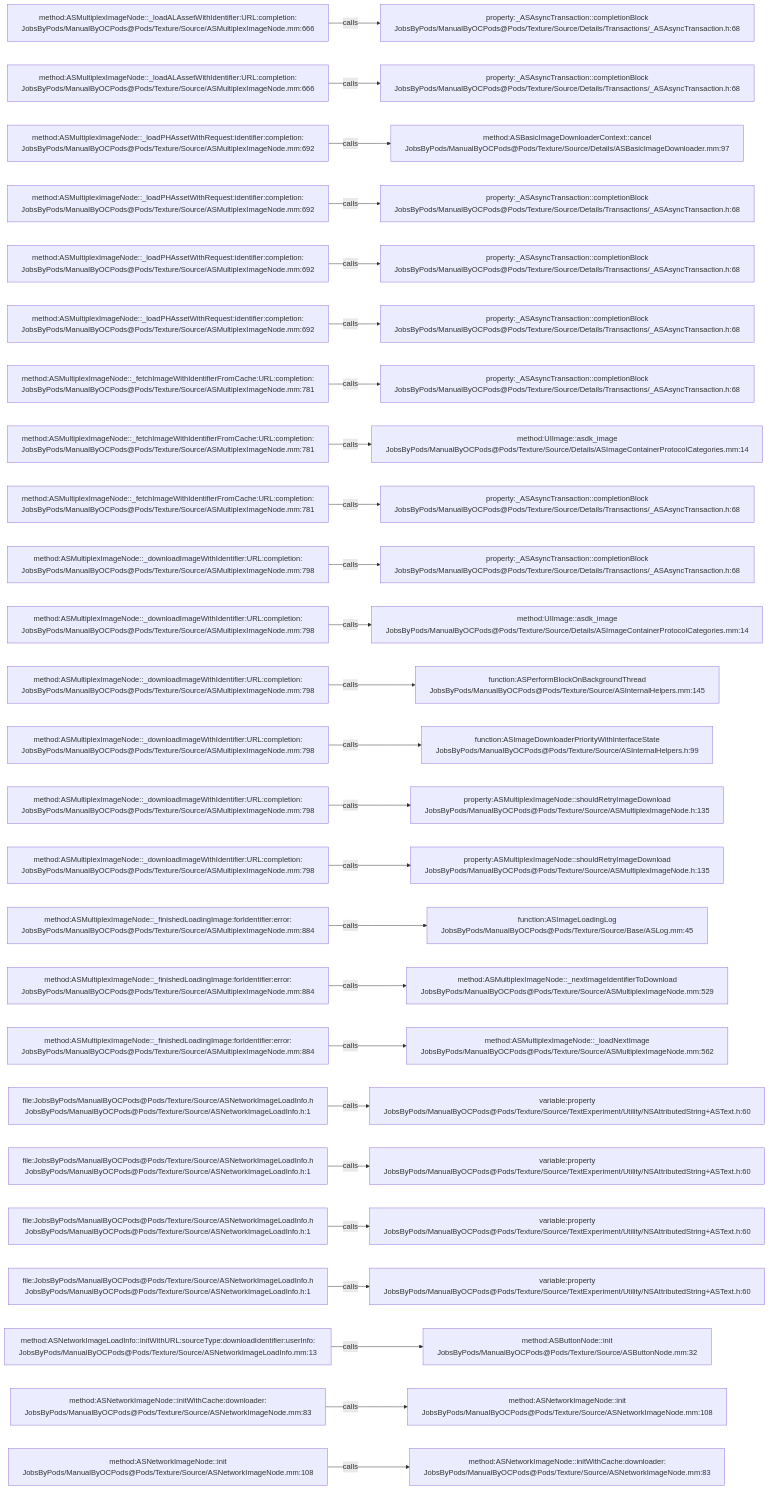
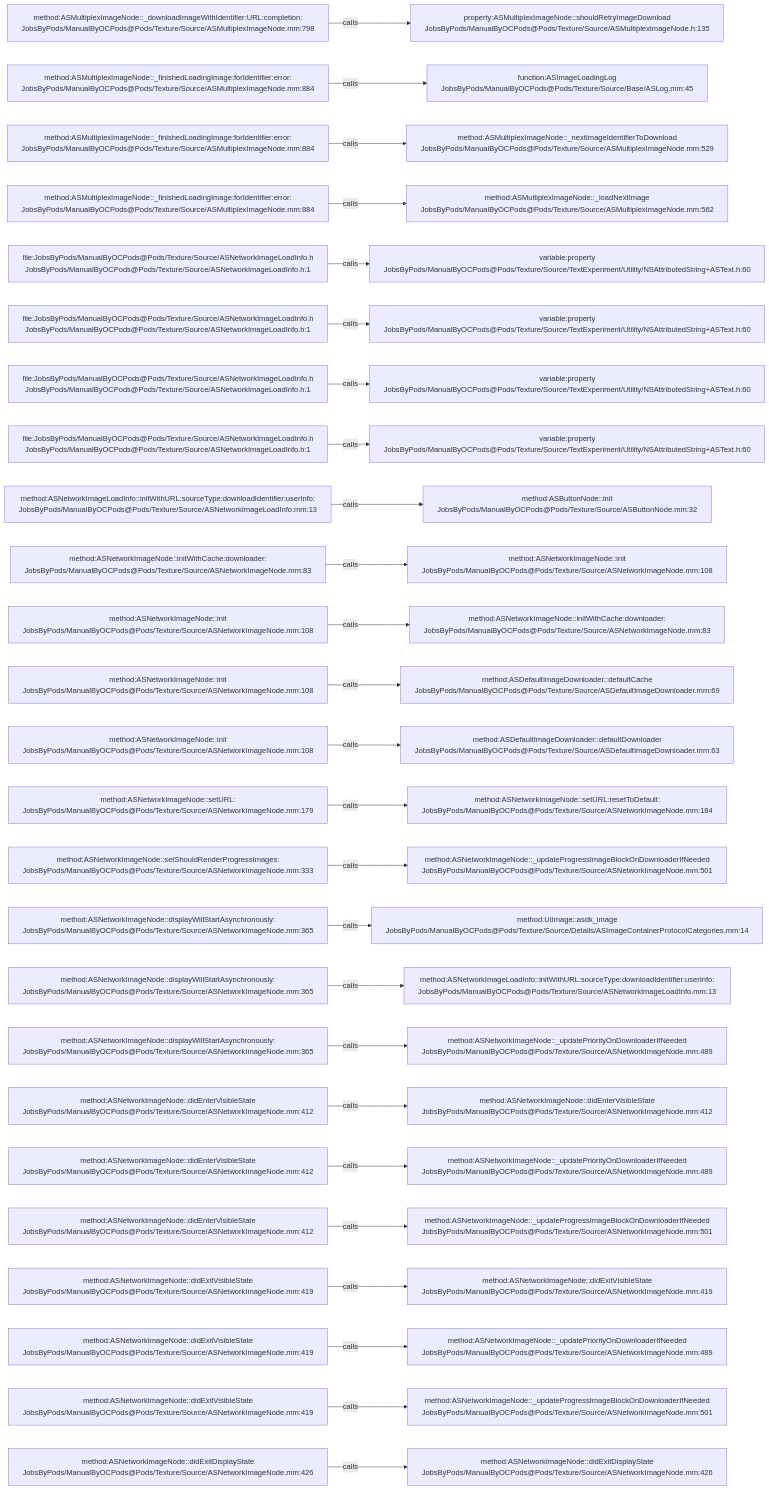
One commit to JobsKits/JobsOCBaseConfigDemo changed the diagram in .codegraph/codegraph.md/graphs/calls-118.md. Above: the diagram before and after it, drawn with Mermaid. The commit also changed 296 other files, not shown here.

````diff
--- a/.codegraph/codegraph.md/graphs/calls-118.md
+++ b/.codegraph/codegraph.md/graphs/calls-118.md
@@ -13,78 +13,78 @@
 ```mermaid
 flowchart LR
-  S1["method:ASMultiplexImageNode::_loadALAssetWithIdentifier:URL:completion:<br/>JobsByPods/ManualByOCPods@Pods/Texture/Source/ASMultiplexImageNode.mm:666"]
-  T1["property:_ASAsyncTransaction::completionBlock<br/>JobsByPods/ManualByOCPods@Pods/Texture/Source/Details/Transactions/_ASAsyncTransaction.h:68"]
+  S1["method:ASMultiplexImageNode::_downloadImageWithIdentifier:URL:completion:<br/>JobsByPods/ManualByOCPods@Pods/Texture/Source/ASMultiplexImageNode.mm:798"]
+  T1["property:ASMultiplexImageNode::shouldRetryImageDownload<br/>JobsByPods/ManualByOCPods@Pods/Texture/Source/ASMultiplexImageNode.h:135"]
   S1 -->|calls| T1
-  S2["method:ASMultiplexImageNode::_loadALAssetWithIdentifier:URL:completion:<br/>JobsByPods/ManualByOCPods@Pods/Texture/Source/ASMultiplexImageNode.mm:666"]
-  T2["property:_ASAsyncTransaction::completionBlock<br/>JobsByPods/ManualByOCPods@Pods/Texture/Source/Details/Transactions/_ASAsyncTransaction.h:68"]
+  S2["method:ASMultiplexImageNode::_finishedLoadingImage:forIdentifier:error:<br/>JobsByPods/ManualByOCPods@Pods/Texture/Source/ASMultiplexImageNode.mm:884"]
+  T2["function:ASImageLoadingLog<br/>JobsByPods/ManualByOCPods@Pods/Texture/Source/Base/ASLog.mm:45"]
   S2 -->|calls| T2
-  S3["method:ASMultiplexImageNode::_loadPHAssetWithRequest:identifier:completion:<br/>JobsByPods/ManualByOCPods@Pods/Texture/Source/ASMultiplexImageNode.mm:692"]
-  T3["method:ASBasicImageDownloaderContext::cancel<br/>JobsByPods/ManualByOCPods@Pods/Texture/Source/Details/ASBasicImageDownloader.mm:97"]
+  S3["method:ASMultiplexImageNode::_finishedLoadingImage:forIdentifier:error:<br/>JobsByPods/ManualByOCPods@Pods/Texture/Source/ASMultiplexImageNode.mm:884"]
+  T3["method:ASMultiplexImageNode::_nextImageIdentifierToDownload<br/>JobsByPods/ManualByOCPods@Pods/Texture/Source/ASMultiplexImageNode.mm:529"]
   S3 -->|calls| T3
-  S4["method:ASMultiplexImageNode::_loadPHAssetWithRequest:identifier:completion:<br/>JobsByPods/ManualByOCPods@Pods/Texture/Source/ASMultiplexImageNode.mm:692"]
-  T4["property:_ASAsyncTransaction::completionBlock<br/>JobsByPods/ManualByOCPods@Pods/Texture/Source/Details/Transactions/_ASAsyncTransaction.h:68"]
+  S4["method:ASMultiplexImageNode::_finishedLoadingImage:forIdentifier:error:<br/>JobsByPods/ManualByOCPods@Pods/Texture/Source/ASMultiplexImageNode.mm:884"]
+  T4["method:ASMultiplexImageNode::_loadNextImage<br/>JobsByPods/ManualByOCPods@Pods/Texture/Source/ASMultiplexImageNode.mm:562"]
   S4 -->|calls| T4
-  S5["method:ASMultiplexImageNode::_loadPHAssetWithRequest:identifier:completion:<br/>JobsByPods/ManualByOCPods@Pods/Texture/Source/ASMultiplexImageNode.mm:692"]
-  T5["property:_ASAsyncTransaction::completionBlock<br/>JobsByPods/ManualByOCPods@Pods/Texture/Source/Details/Transactions/_ASAsyncTransaction.h:68"]
+  S5["file:JobsByPods/ManualByOCPods@Pods/Texture/Source/ASNetworkImageLoadInfo.h<br/>JobsByPods/ManualByOCPods@Pods/Texture/Source/ASNetworkImageLoadInfo.h:1"]
+  T5["variable:property<br/>JobsByPods/ManualByOCPods@Pods/Texture/Source/TextExperiment/Utility/NSAttributedString+ASText.h:60"]
   S5 -->|calls| T5
-  S6["method:ASMultiplexImageNode::_loadPHAssetWithRequest:identifier:completion:<br/>JobsByPods/ManualByOCPods@Pods/Texture/Source/ASMultiplexImageNode.mm:692"]
-  T6["property:_ASAsyncTransaction::completionBlock<br/>JobsByPods/ManualByOCPods@Pods/Texture/Source/Details/Transactions/_ASAsyncTransaction.h:68"]
+  S6["file:JobsByPods/ManualByOCPods@Pods/Texture/Source/ASNetworkImageLoadInfo.h<br/>JobsByPods/ManualByOCPods@Pods/Texture/Source/ASNetworkImageLoadInfo.h:1"]
+  T6["variable:property<br/>JobsByPods/ManualByOCPods@Pods/Texture/Source/TextExperiment/Utility/NSAttributedString+ASText.h:60"]
   S6 -->|calls| T6
-  S7["method:ASMultiplexImageNode::_fetchImageWithIdentifierFromCache:URL:completion:<br/>JobsByPods/ManualByOCPods@Pods/Texture/Source/ASMultiplexImageNode.mm:781"]
-  T7["property:_ASAsyncTransaction::completionBlock<br/>JobsByPods/ManualByOCPods@Pods/Texture/Source/Details/Transactions/_ASAsyncTransaction.h:68"]
+  S7["file:JobsByPods/ManualByOCPods@Pods/Texture/Source/ASNetworkImageLoadInfo.h<br/>JobsByPods/ManualByOCPods@Pods/Texture/Source/ASNetworkImageLoadInfo.h:1"]
+  T7["variable:property<br/>JobsByPods/ManualByOCPods@Pods/Texture/Source/TextExperiment/Utility/NSAttributedString+ASText.h:60"]
   S7 -->|calls| T7
-  S8["method:ASMultiplexImageNode::_fetchImageWithIdentifierFromCache:URL:completion:<br/>JobsByPods/ManualByOCPods@Pods/Texture/Source/ASMultiplexImageNode.mm:781"]
-  T8["method:UIImage::asdk_image<br/>JobsByPods/ManualByOCPods@Pods/Texture/Source/Details/ASImageContainerProtocolCategories.mm:14"]
+  S8["file:JobsByPods/ManualByOCPods@Pods/Texture/Source/ASNetworkImageLoadInfo.h<br/>JobsByPods/ManualByOCPods@Pods/Texture/Source/ASNetworkImageLoadInfo.h:1"]
+  T8["variable:property<br/>JobsByPods/ManualByOCPods@Pods/Texture/Source/TextExperiment/Utility/NSAttributedString+ASText.h:60"]
   S8 -->|calls| T8
-  S9["method:ASMultiplexImageNode::_fetchImageWithIdentifierFromCache:URL:completion:<br/>JobsByPods/ManualByOCPods@Pods/Texture/Source/ASMultiplexImageNode.mm:781"]
-  T9["property:_ASAsyncTransaction::completionBlock<br/>JobsByPods/ManualByOCPods@Pods/Texture/Source/Details/Transactions/_ASAsyncTransaction.h:68"]
+  S9["method:ASNetworkImageLoadInfo::initWithURL:sourceType:downloadIdentifier:userInfo:<br/>JobsByPods/ManualByOCPods@Pods/Texture/Source/ASNetworkImageLoadInfo.mm:13"]
+  T9["method:ASButtonNode::init<br/>JobsByPods/ManualByOCPods@Pods/Texture/Source/ASButtonNode.mm:32"]
   S9 -->|calls| T9
-  S10["method:ASMultiplexImageNode::_downloadImageWithIdentifier:URL:completion:<br/>JobsByPods/ManualByOCPods@Pods/Texture/Source/ASMultiplexImageNode.mm:798"]
-  T10["property:_ASAsyncTransaction::completionBlock<br/>JobsByPods/ManualByOCPods@Pods/Texture/Source/Details/Transactions/_ASAsyncTransaction.h:68"]
+  S10["method:ASNetworkImageNode::initWithCache:downloader:<br/>JobsByPods/ManualByOCPods@Pods/Texture/Source/ASNetworkImageNode.mm:83"]
+  T10["method:ASNetworkImageNode::init<br/>JobsByPods/ManualByOCPods@Pods/Texture/Source/ASNetworkImageNode.mm:108"]
   S10 -->|calls| T10
-  S11["method:ASMultiplexImageNode::_downloadImageWithIdentifier:URL:completion:<br/>JobsByPods/ManualByOCPods@Pods/Texture/Source/ASMultiplexImageNode.mm:798"]
-  T11["method:UIImage::asdk_image<br/>JobsByPods/ManualByOCPods@Pods/Texture/Source/Details/ASImageContainerProtocolCategories.mm:14"]
+  S11["method:ASNetworkImageNode::init<br/>JobsByPods/ManualByOCPods@Pods/Texture/Source/ASNetworkImageNode.mm:108"]
+  T11["method:ASNetworkImageNode::initWithCache:downloader:<br/>JobsByPods/ManualByOCPods@Pods/Texture/Source/ASNetworkImageNode.mm:83"]
   S11 -->|calls| T11
-  S12["method:ASMultiplexImageNode::_downloadImageWithIdentifier:URL:completion:<br/>JobsByPods/ManualByOCPods@Pods/Texture/Source/ASMultiplexImageNode.mm:798"]
-  T12["function:ASPerformBlockOnBackgroundThread<br/>JobsByPods/ManualByOCPods@Pods/Texture/Source/ASInternalHelpers.mm:145"]
+  S12["method:ASNetworkImageNode::init<br/>JobsByPods/ManualByOCPods@Pods/Texture/Source/ASNetworkImageNode.mm:108"]
+  T12["method:ASDefaultImageDownloader::defaultCache<br/>JobsByPods/ManualByOCPods@Pods/Texture/Source/ASDefaultImageDownloader.mm:69"]
   S12 -->|calls| T12
-  S13["method:ASMultiplexImageNode::_downloadImageWithIdentifier:URL:completion:<br/>JobsByPods/ManualByOCPods@Pods/Texture/Source/ASMultiplexImageNode.mm:798"]
-  T13["function:ASImageDownloaderPriorityWithInterfaceState<br/>JobsByPods/ManualByOCPods@Pods/Texture/Source/ASInternalHelpers.h:99"]
+  S13["method:ASNetworkImageNode::init<br/>JobsByPods/ManualByOCPods@Pods/Texture/Source/ASNetworkImageNode.mm:108"]
+  T13["method:ASDefaultImageDownloader::defaultDownloader<br/>JobsByPods/ManualByOCPods@Pods/Texture/Source/ASDefaultImageDownloader.mm:63"]
   S13 -->|calls| T13
-  S14["method:ASMultiplexImageNode::_downloadImageWithIdentifier:URL:completion:<br/>JobsByPods/ManualByOCPods@Pods/Texture/Source/ASMultiplexImageNode.mm:798"]
-  T14["property:ASMultiplexImageNode::shouldRetryImageDownload<br/>JobsByPods/ManualByOCPods@Pods/Texture/Source/ASMultiplexImageNode.h:135"]
+  S14["method:ASNetworkImageNode::setURL:<br/>JobsByPods/ManualByOCPods@Pods/Texture/Source/ASNetworkImageNode.mm:179"]
+  T14["method:ASNetworkImageNode::setURL:resetToDefault:<br/>JobsByPods/ManualByOCPods@Pods/Texture/Source/ASNetworkImageNode.mm:184"]
   S14 -->|calls| T14
-  S15["method:ASMultiplexImageNode::_downloadImageWithIdentifier:URL:completion:<br/>JobsByPods/ManualByOCPods@Pods/Texture/Source/ASMultiplexImageNode.mm:798"]
-  T15["property:ASMultiplexImageNode::shouldRetryImageDownload<br/>JobsByPods/ManualByOCPods@Pods/Texture/Source/ASMultiplexImageNode.h:135"]
+  S15["method:ASNetworkImageNode::setShouldRenderProgressImages:<br/>JobsByPods/ManualByOCPods@Pods/Texture/Source/ASNetworkImageNode.mm:333"]
+  T15["method:ASNetworkImageNode::_updateProgressImageBlockOnDownloaderIfNeeded<br/>JobsByPods/ManualByOCPods@Pods/Texture/Source/ASNetworkImageNode.mm:501"]
   S15 -->|calls| T15
-  S16["method:ASMultiplexImageNode::_finishedLoadingImage:forIdentifier:error:<br/>JobsByPods/ManualByOCPods@Pods/Texture/Source/ASMultiplexImageNode.mm:884"]
-  T16["function:ASImageLoadingLog<br/>JobsByPods/ManualByOCPods@Pods/Texture/Source/Base/ASLog.mm:45"]
+  S16["method:ASNetworkImageNode::displayWillStartAsynchronously:<br/>JobsByPods/ManualByOCPods@Pods/Texture/Source/ASNetworkImageNode.mm:365"]
+  T16["method:UIImage::asdk_image<br/>JobsByPods/ManualByOCPods@Pods/Texture/Source/Details/ASImageContainerProtocolCategories.mm:14"]
   S16 -->|calls| T16
-  S17["method:ASMultiplexImageNode::_finishedLoadingImage:forIdentifier:error:<br/>JobsByPods/ManualByOCPods@Pods/Texture/Source/ASMultiplexImageNode.mm:884"]
-  T17["method:ASMultiplexImageNode::_nextImageIdentifierToDownload<br/>JobsByPods/ManualByOCPods@Pods/Texture/Source/ASMultiplexImageNode.mm:529"]
+  S17["method:ASNetworkImageNode::displayWillStartAsynchronously:<br/>JobsByPods/ManualByOCPods@Pods/Texture/Source/ASNetworkImageNode.mm:365"]
+  T17["method:ASNetworkImageLoadInfo::initWithURL:sourceType:downloadIdentifier:userInfo:<br/>JobsByPods/ManualByOCPods@Pods/Texture/Source/ASNetworkImageLoadInfo.mm:13"]
   S17 -->|calls| T17
-  S18["method:ASMultiplexImageNode::_finishedLoadingImage:forIdentifier:error:<br/>JobsByPods/ManualByOCPods@Pods/Texture/Source/ASMultiplexImageNode.mm:884"]
-  T18["method:ASMultiplexImageNode::_loadNextImage<br/>JobsByPods/ManualByOCPods@Pods/Texture/Source/ASMultiplexImageNode.mm:562"]
+  S18["method:ASNetworkImageNode::displayWillStartAsynchronously:<br/>JobsByPods/ManualByOCPods@Pods/Texture/Source/ASNetworkImageNode.mm:365"]
+  T18["method:ASNetworkImageNode::_updatePriorityOnDownloaderIfNeeded<br/>JobsByPods/ManualByOCPods@Pods/Texture/Source/ASNetworkImageNode.mm:489"]
   S18 -->|calls| T18
-  S19["file:JobsByPods/ManualByOCPods@Pods/Texture/Source/ASNetworkImageLoadInfo.h<br/>JobsByPods/ManualByOCPods@Pods/Texture/Source/ASNetworkImageLoadInfo.h:1"]
-  T19["variable:property<br/>JobsByPods/ManualByOCPods@Pods/Texture/Source/TextExperiment/Utility/NSAttributedString+ASText.h:60"]
+  S19["method:ASNetworkImageNode::didEnterVisibleState<br/>JobsByPods/ManualByOCPods@Pods/Texture/Source/ASNetworkImageNode.mm:412"]
+  T19["method:ASNetworkImageNode::didEnterVisibleState<br/>JobsByPods/ManualByOCPods@Pods/Texture/Source/ASNetworkImageNode.mm:412"]
   S19 -->|calls| T19
-  S20["file:JobsByPods/ManualByOCPods@Pods/Texture/Source/ASNetworkImageLoadInfo.h<br/>JobsByPods/ManualByOCPods@Pods/Texture/Source/ASNetworkImageLoadInfo.h:1"]
-  T20["variable:property<br/>JobsByPods/ManualByOCPods@Pods/Texture/Source/TextExperiment/Utility/NSAttributedString+ASText.h:60"]
+  S20["method:ASNetworkImageNode::didEnterVisibleState<br/>JobsByPods/ManualByOCPods@Pods/Texture/Source/ASNetworkImageNode.mm:412"]
+  T20["method:ASNetworkImageNode::_updatePriorityOnDownloaderIfNeeded<br/>JobsByPods/ManualByOCPods@Pods/Texture/Source/ASNetworkImageNode.mm:489"]
   S20 -->|calls| T20
-  S21["file:JobsByPods/ManualByOCPods@Pods/Texture/Source/ASNetworkImageLoadInfo.h<br/>JobsByPods/ManualByOCPods@Pods/Texture/Source/ASNetworkImageLoadInfo.h:1"]
-  T21["variable:property<br/>JobsByPods/ManualByOCPods@Pods/Texture/Source/TextExperiment/Utility/NSAttributedString+ASText.h:60"]
+  S21["method:ASNetworkImageNode::didEnterVisibleState<br/>JobsByPods/ManualByOCPods@Pods/Texture/Source/ASNetworkImageNode.mm:412"]
+  T21["method:ASNetworkImageNode::_updateProgressImageBlockOnDownloaderIfNeeded<br/>JobsByPods/ManualByOCPods@Pods/Texture/Source/ASNetworkImageNode.mm:501"]
   S21 -->|calls| T21
-  S22["file:JobsByPods/ManualByOCPods@Pods/Texture/Source/ASNetworkImageLoadInfo.h<br/>JobsByPods/ManualByOCPods@Pods/Texture/Source/ASNetworkImageLoadInfo.h:1"]
-  T22["variable:property<br/>JobsByPods/ManualByOCPods@Pods/Texture/Source/TextExperiment/Utility/NSAttributedString+ASText.h:60"]
+  S22["method:ASNetworkImageNode::didExitVisibleState<br/>JobsByPods/ManualByOCPods@Pods/Texture/Source/ASNetworkImageNode.mm:419"]
+  T22["method:ASNetworkImageNode::didExitVisibleState<br/>JobsByPods/ManualByOCPods@Pods/Texture/Source/ASNetworkImageNode.mm:419"]
   S22 -->|calls| T22
-  S23["method:ASNetworkImageLoadInfo::initWithURL:sourceType:downloadIdentifier:userInfo:<br/>JobsByPods/ManualByOCPods@Pods/Texture/Source/ASNetworkImageLoadInfo.mm:13"]
-  T23["method:ASButtonNode::init<br/>JobsByPods/ManualByOCPods@Pods/Texture/Source/ASButtonNode.mm:32"]
+  S23["method:ASNetworkImageNode::didExitVisibleState<br/>JobsByPods/ManualByOCPods@Pods/Texture/Source/ASNetworkImageNode.mm:419"]
+  T23["method:ASNetworkImageNode::_updatePriorityOnDownloaderIfNeeded<br/>JobsByPods/ManualByOCPods@Pods/Texture/Source/ASNetworkImageNode.mm:489"]
   S23 -->|calls| T23
-  S24["method:ASNetworkImageNode::initWithCache:downloader:<br/>JobsByPods/ManualByOCPods@Pods/Texture/Source/ASNetworkImageNode.mm:83"]
-  T24["method:ASNetworkImageNode::init<br/>JobsByPods/ManualByOCPods@Pods/Texture/Source/ASNetworkImageNode.mm:108"]
+  S24["method:ASNetworkImageNode::didExitVisibleState<br/>JobsByPods/ManualByOCPods@Pods/Texture/Source/ASNetworkImageNode.mm:419"]
+  T24["method:ASNetworkImageNode::_updateProgressImageBlockOnDownloaderIfNeeded<br/>JobsByPods/ManualByOCPods@Pods/Texture/Source/ASNetworkImageNode.mm:501"]
   S24 -->|calls| T24
-  S25["method:ASNetworkImageNode::init<br/>JobsByPods/ManualByOCPods@Pods/Texture/Source/ASNetworkImageNode.mm:108"]
-  T25["method:ASNetworkImageNode::initWithCache:downloader:<br/>JobsByPods/ManualByOCPods@Pods/Texture/Source/ASNetworkImageNode.mm:83"]
+  S25["method:ASNetworkImageNode::didExitDisplayState<br/>JobsByPods/ManualByOCPods@Pods/Texture/Source/ASNetworkImageNode.mm:426"]
+  T25["method:ASNetworkImageNode::didExitDisplayState<br/>JobsByPods/ManualByOCPods@Pods/Texture/Source/ASNetworkImageNode.mm:426"]
   S25 -->|calls| T25
 ```
````
